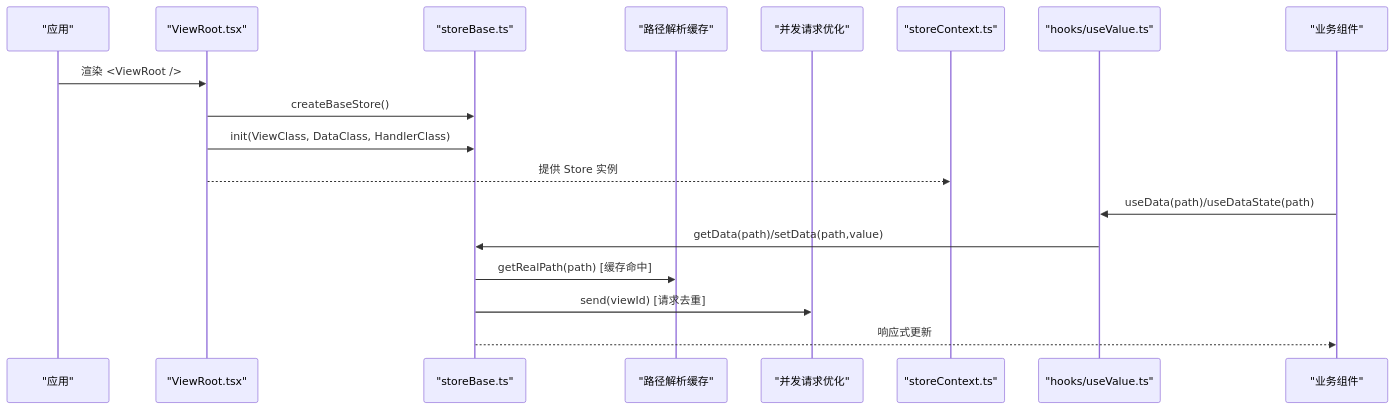
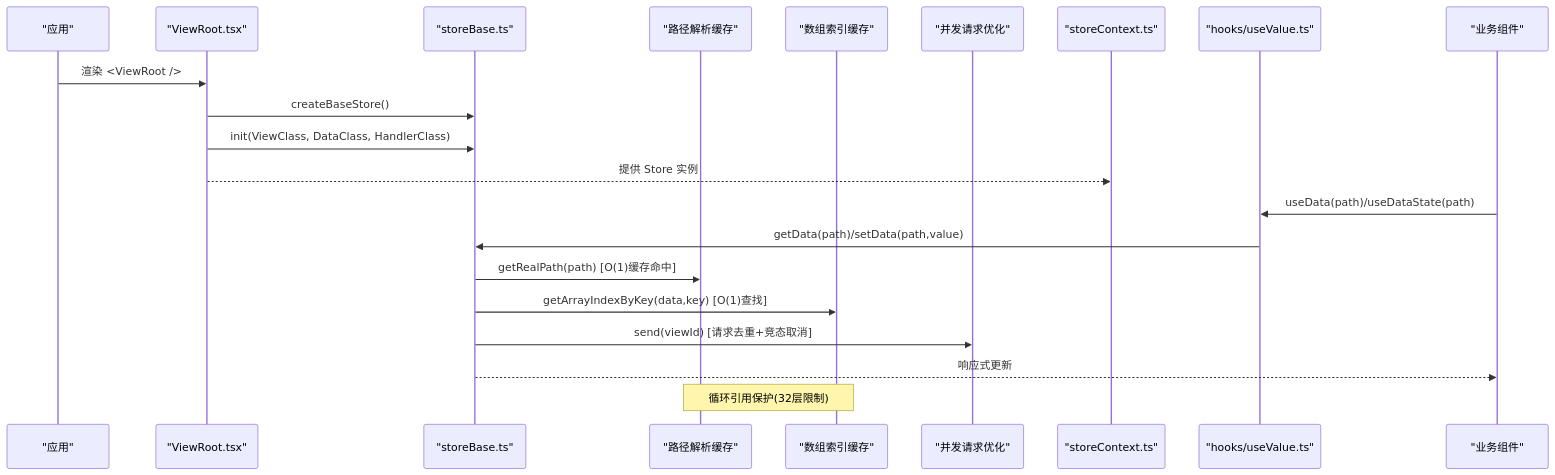
Before and after one commit to liqiongke/FrontArk: the second of 10 diagrams in .qoder/repowiki/zh/content/框架核心/状态管理.md, drawn with Mermaid. The commit also changed other lines of this file and 17 other files, not shown here.

````diff
--- a/.qoder/repowiki/zh/content/框架核心/状态管理.md
+++ b/.qoder/repowiki/zh/content/框架核心/状态管理.md
@@ -114,20 +116,23 @@
 ```mermaid
 sequenceDiagram
 participant App as "应用"
 participant VR as "ViewRoot.tsx"
 participant SB as "storeBase.ts"
 participant PathCache as "路径解析缓存"
+participant IndexCache as "数组索引缓存"
 participant ReqOpt as "并发请求优化"
 participant CTX as "storeContext.ts"
 participant Hook as "hooks/useValue.ts"
 participant Comp as "业务组件"
 App->>VR : 渲染 <ViewRoot />
 VR->>SB : createBaseStore()
 VR->>SB : init(ViewClass, DataClass, HandlerClass)
 VR-->>CTX : 提供 Store 实例
 Comp->>Hook : useData(path)/useDataState(path)
 Hook->>SB : getData(path)/setData(path,value)
-SB->>PathCache : getRealPath(path) [缓存命中]
-SB->>ReqOpt : send(viewId) [请求去重]
+SB->>PathCache : getRealPath(path) [O(1)缓存命中]
+SB->>IndexCache : getArrayIndexByKey(data,key) [O(1)查找]
+SB->>ReqOpt : send(viewId) [请求去重+竞态取消]
 SB-->>Comp : 响应式更新
+Note over PathCache,IndexCache : 循环引用保护(32层限制)
 ```
````
